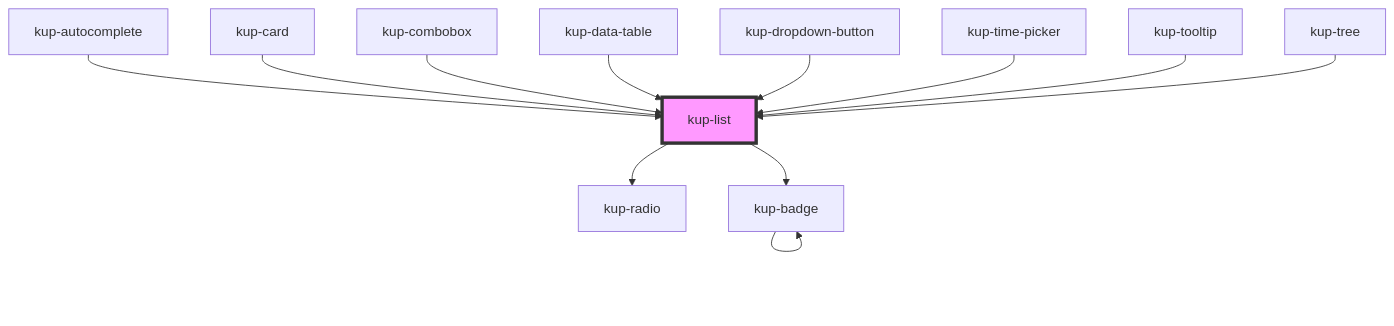
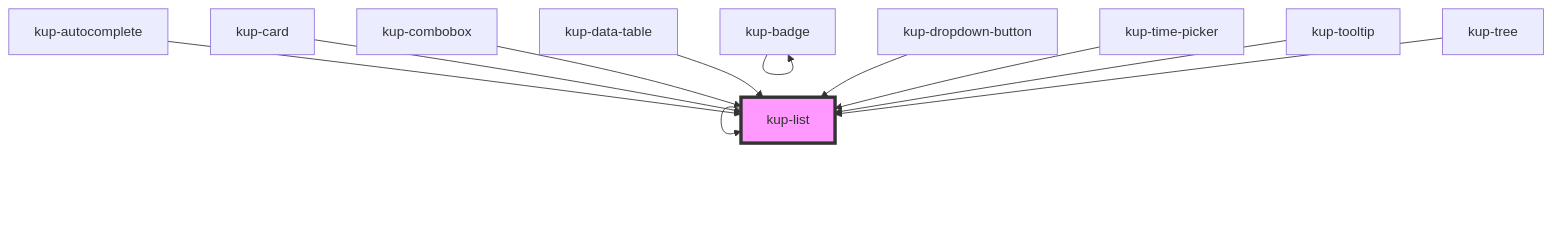
One commit to smeup/ketchup changed the diagram in packages/ketchup/src/components/kup-list/readme.md. Above: the diagram before and after it, drawn with Mermaid. The commit also changed other lines of this file and 14 other files, not shown here.

````diff
--- a/packages/ketchup/src/components/kup-list/readme.md
+++ b/packages/ketchup/src/components/kup-list/readme.md
@@ -134,15 +137,14 @@
 ```mermaid
 graph TD;
-  kup-list --> kup-radio
-  kup-list --> kup-badge
+  kup-list --> kup-list
   kup-badge --> kup-badge
   kup-autocomplete --> kup-list
   kup-card --> kup-list
   kup-combobox --> kup-list
   kup-data-table --> kup-list
   kup-dropdown-button --> kup-list
   kup-time-picker --> kup-list
   kup-tooltip --> kup-list
   kup-tree --> kup-list
   style kup-list fill:#f9f,stroke:#333,stroke-width:4px
 ```
````
